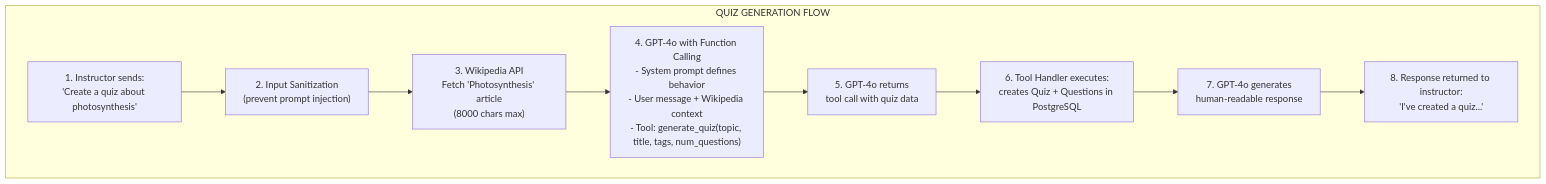
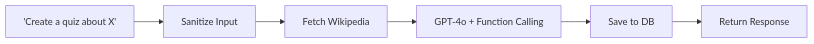
Before and after one commit to jakehjung/knowledge_quiz_builder: the second of 2 diagrams in README.md, drawn with Mermaid. The commit also changed other lines of this file, not shown here.

First line of the commit message:
docs: Simplify README - less verbose, more human

````diff
--- a/README.md
+++ b/README.md
@@ -107,12 +57,8 @@
 ```mermaid
-flowchart TD
-    subgraph QuizGeneration["QUIZ GENERATION FLOW"]
-        A["1. Instructor sends:<br/>'Create a quiz about photosynthesis'"] --> B["2. Input Sanitization<br/>(prevent prompt injection)"]
-        B --> C["3. Wikipedia API<br/>Fetch 'Photosynthesis' article<br/>(8000 chars max)"]
-        C --> D["4. GPT-4o with Function Calling<br/>- System prompt defines behavior<br/>- User message + Wikipedia context<br/>- Tool: generate_quiz(topic, title, tags, num_questions)"]
-        D --> E["5. GPT-4o returns<br/>tool call with quiz data"]
-        E --> F["6. Tool Handler executes:<br/>creates Quiz + Questions in PostgreSQL"]
-        F --> G["7. GPT-4o generates<br/>human-readable response"]
-        G --> H["8. Response returned to instructor:<br/>'I've created a quiz...'"]
-    end
+flowchart LR
+    A["'Create a quiz about X'"] --> B["Sanitize Input"]
+    B --> C["Fetch Wikipedia"]
+    C --> D["GPT-4o + Function Calling"]
+    D --> E["Save to DB"]
+    E --> F["Return Response"]
 ```
````
